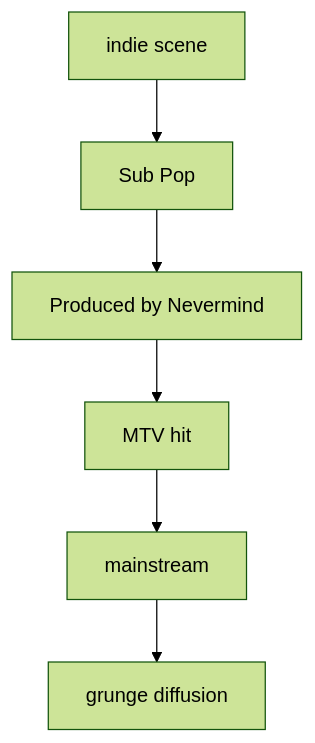
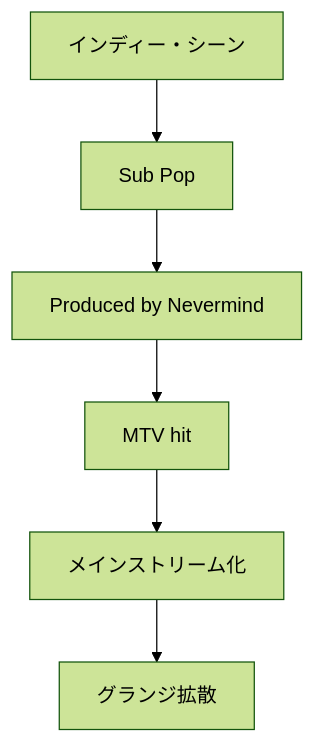
One commit to monumental-movement/monumental-movement.github.io changed diagram 16 of 21 in en/_posts/2026-06-27-column-influential-album-01.md. Above: the diagram before and after it, drawn with Mermaid (forest theme). The commit also changed other lines of this file and 2196 other files, not shown here.

```diff
--- a/en/_posts/2026-06-27-column-influential-album-01.md
+++ b/en/_posts/2026-06-27-column-influential-album-01.md
@@ -1100,14 +1098,14 @@
 <div class="mermaid">
 
 flowchart TD
 
-A[indie scene]
+A[インディー・シーン]
 B[Sub Pop]
 C[Produced by Nevermind]
 D[MTV hit]
-E[mainstream]
-F[grunge diffusion]
+E[メインストリーム化]
+F[グランジ拡散]
 
 A --> B --> C --> D --> E --> F
 
 </div>
```
